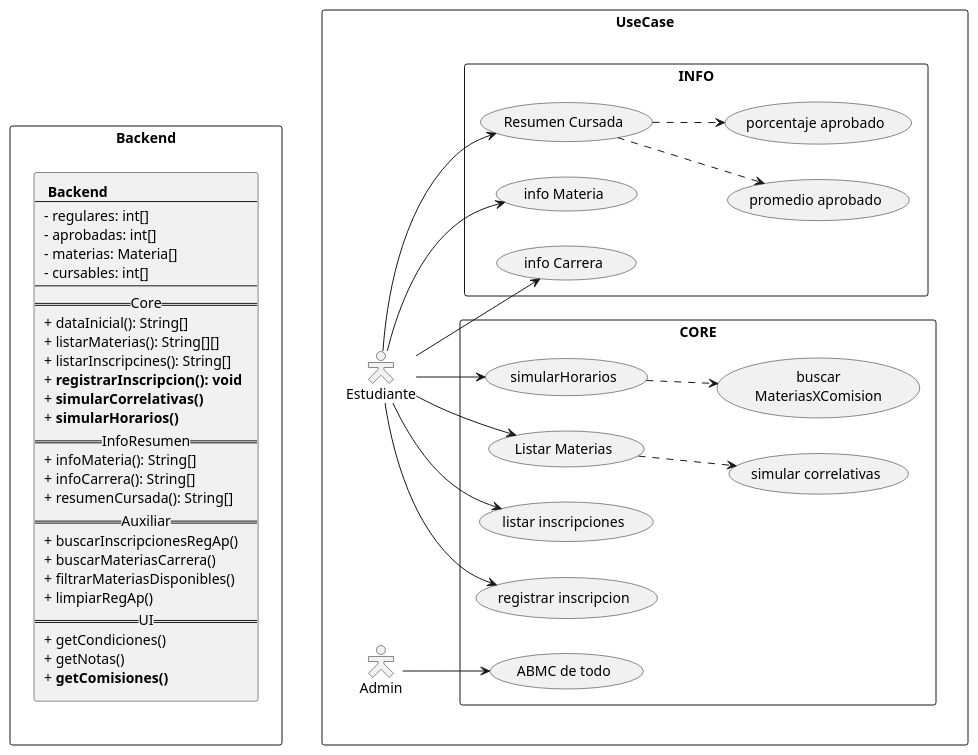
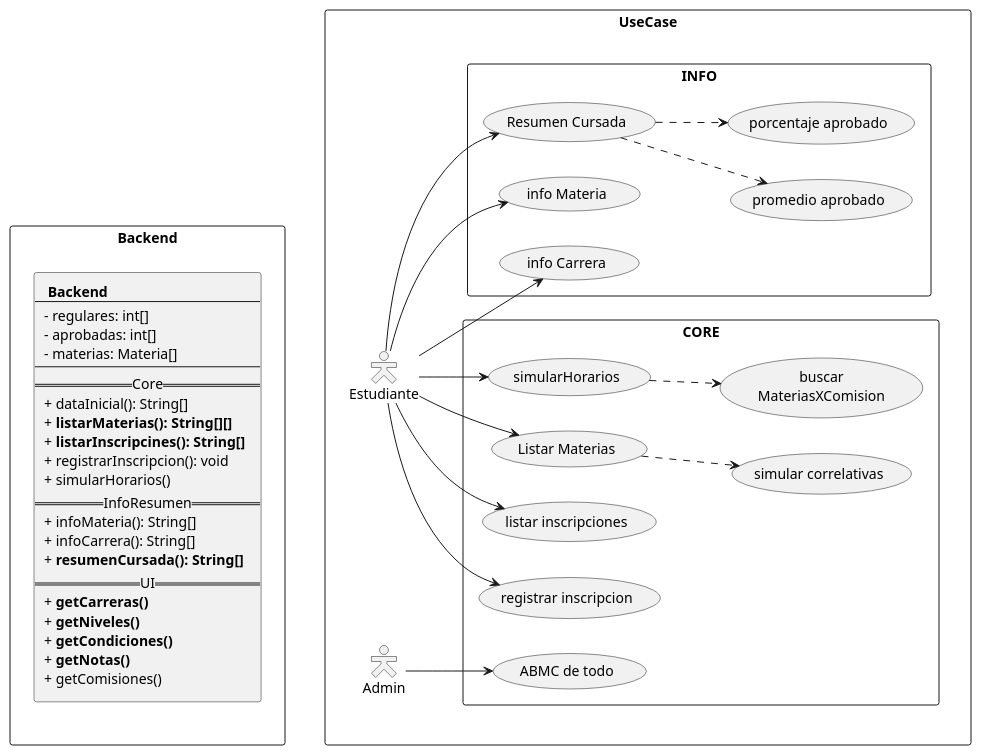
One commit to EmilianoM7/UTN_EZ changed the diagram in Doc/UTNEZ_UseCase.puml. Above: the diagram before and after it, drawn with PlantUML. The commit also changed 20 other files, not shown here.

Commit message:
listarMaterias, listarInsctipciones, y resumenCursada, funcionando

```diff
--- a/Doc/UTNEZ_UseCase.puml
+++ b/Doc/UTNEZ_UseCase.puml
@@ -1,75 +1,70 @@
 @startuml
 
 ' --- SKIN ---
 
 skinparam actorStyle Hollow
 left to right direction
 
 ' --- DIAGRAMA ---
 
 
 rectangle UseCase{
 
     :Estudiante: as E
     :Admin: as A
 
     rectangle CORE{
         (simularHorarios) as sh
         E --> sh
         sh ..> (buscar\nMateriasXComision)
         (Listar Materias) as lm
         E --> lm
         lm ..> (simular correlativas)
         E --> (listar inscripciones)
         E --> (registrar inscripcion)
         A --> (ABMC de todo)
     }
 
     rectangle INFO{
         (Resumen Cursada) as rc
         E --> rc
         rc ..> (promedio aprobado)
         rc ..> (porcentaje aprobado)
         E --> (info Materia)
         E --> (info Carrera)
     }
 }
 
 rectangle Backend{
     rectangle b[
         <b> Backend
         --
         - regulares: int[]
         - aprobadas: int[]
         - materias: Materia[]
-        - cursables: int[]
         --
         ==Core==
         + dataInicial(): String[]
-        + listarMaterias(): String[][]
-        + listarInscripcines(): String[]
-        + <b>registrarInscripcion(): void
-        + <b>simularCorrelativas()
-        + <b>simularHorarios()
+        + <b>listarMaterias(): String[][]
+        + <b>listarInscripcines(): String[]
+        + registrarInscripcion(): void
+        + simularHorarios()
         ==InfoResumen==
         + infoMateria(): String[]
         + infoCarrera(): String[]
-        + resumenCursada(): String[]
-        ==Auxiliar==
-        + buscarInscripcionesRegAp()
-        + buscarMateriasCarrera()
-        + filtrarMateriasDisponibles()
-        + limpiarRegAp()
+        + <b>resumenCursada(): String[]
         ==UI==
-        + getCondiciones()
-        + getNotas()
-        + <b>getComisiones()
+        + <b>getCarreras()
+        + <b>getNiveles()
+        + <b>getCondiciones()
+        + <b>getNotas()
+        + getComisiones()
     ]
 }
 
 
 
 
 UseCase -[hidden]up-> Backend
 
 @enduml
```
